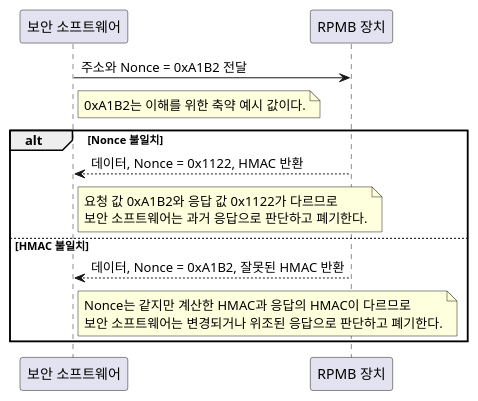
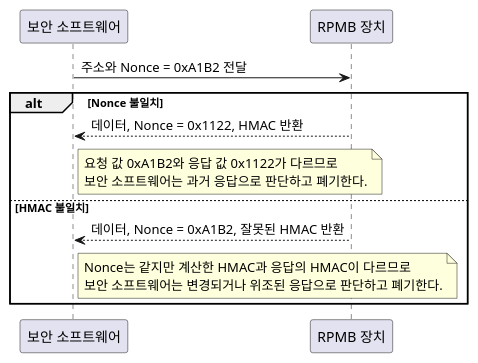
Before and after one commit to boram1288/test-p: the first of 2 diagrams in survey/RPMB.md, drawn with PlantUML.

Commit message:
docs: remove redundant nonce example note

````diff
--- a/survey/RPMB.md
+++ b/survey/RPMB.md
@@ -31,25 +31,22 @@
 ```plantuml
 @startuml
 participant "보안 소프트웨어" as SecureSoftware
 participant "RPMB 장치" as RPMBDevice
 
 SecureSoftware -> RPMBDevice: 주소와 Nonce = 0xA1B2 전달
-note right of SecureSoftware
-  0xA1B2는 이해를 위한 축약 예시 값이다.
-end note
 
 alt Nonce 불일치
     RPMBDevice --> SecureSoftware: 데이터, Nonce = 0x1122, HMAC 반환
     note right of SecureSoftware
       요청 값 0xA1B2와 응답 값 0x1122가 다르므로
       보안 소프트웨어는 과거 응답으로 판단하고 폐기한다.
     end note
 else HMAC 불일치
     RPMBDevice --> SecureSoftware: 데이터, Nonce = 0xA1B2, 잘못된 HMAC 반환
     note right of SecureSoftware
       Nonce는 같지만 계산한 HMAC과 응답의 HMAC이 다르므로
       보안 소프트웨어는 변경되거나 위조된 응답으로 판단하고 폐기한다.
     end note
 end
 @enduml
 ```
````
